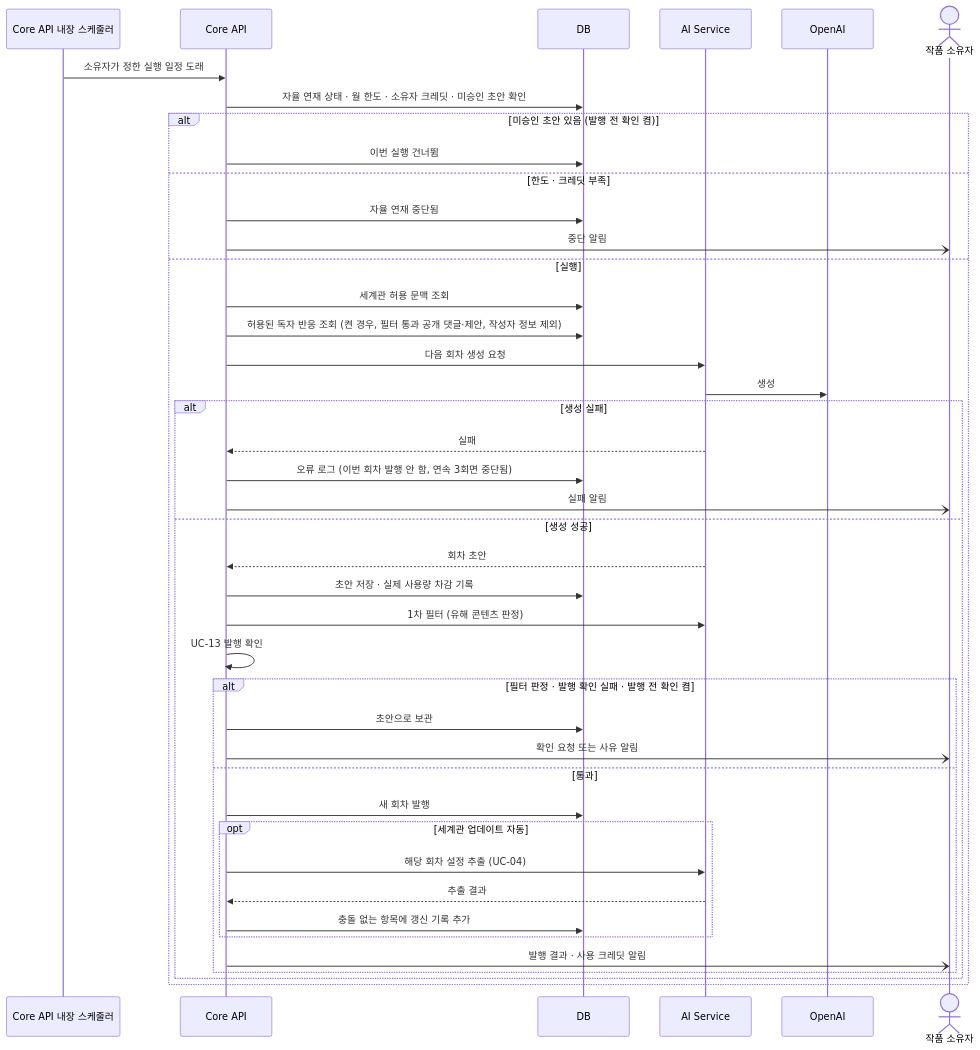
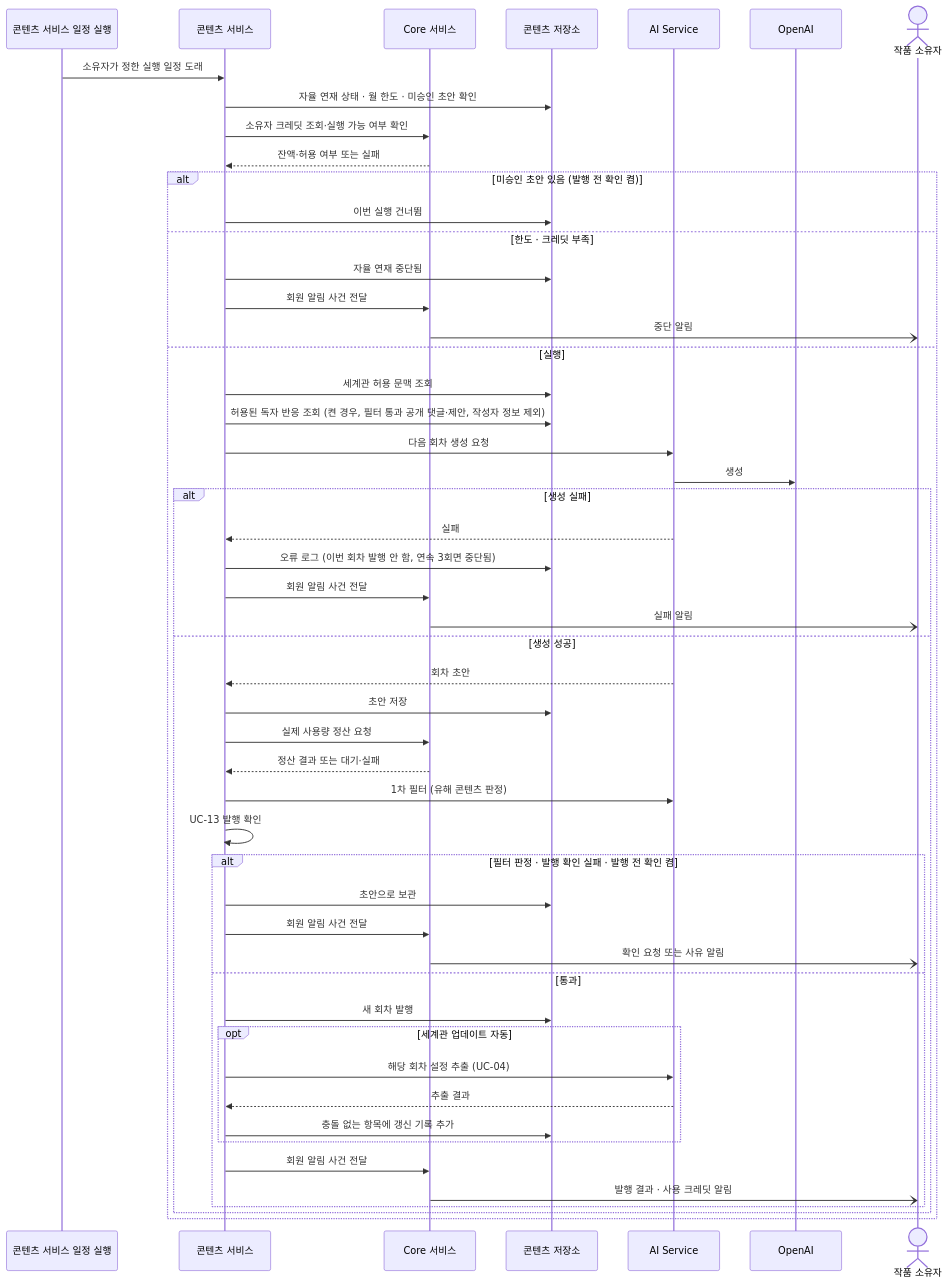
Before and after one commit to SKNETWORKS-FAMILY-AICAMP/SKN34-FINAL-4TEAM: the fourth of 4 diagrams in docs/diagrams/sequence.md, drawn with Mermaid. The commit also changed other lines of this file and 79 other files, not shown here.

````diff
--- a/docs/diagrams/sequence.md
+++ b/docs/diagrams/sequence.md
@@ -111,44 +119,53 @@
 ```mermaid
 sequenceDiagram
-  participant TR as Core API 내장 스케줄러
-  participant CO as Core API
-  participant DB as DB
+  participant TR as 콘텐츠 서비스 일정 실행
+  participant CO as 콘텐츠 서비스
+  participant CORE as Core 서비스
+  participant DB as 콘텐츠 저장소
   participant AI as AI Service
   participant LLM as OpenAI
   actor W as 작품 소유자
   TR->>CO: 소유자가 정한 실행 일정 도래
-  CO->>DB: 자율 연재 상태 · 월 한도 · 소유자 크레딧 · 미승인 초안 확인
+  CO->>DB: 자율 연재 상태 · 월 한도 · 미승인 초안 확인
+  CO->>CORE: 소유자 크레딧 조회·실행 가능 여부 확인
+  CORE-->>CO: 잔액·허용 여부 또는 실패
   alt 미승인 초안 있음 (발행 전 확인 켬)
     CO->>DB: 이번 실행 건너뜀
   else 한도 · 크레딧 부족
     CO->>DB: 자율 연재 중단됨
-    CO-)W: 중단 알림
+    CO->>CORE: 회원 알림 사건 전달
+    CORE-)W: 중단 알림
   else 실행
     CO->>DB: 세계관 허용 문맥 조회
     CO->>DB: 허용된 독자 반응 조회 (켠 경우, 필터 통과 공개 댓글·제안, 작성자 정보 제외)
     CO->>AI: 다음 회차 생성 요청
     AI->>LLM: 생성
     alt 생성 실패
       AI-->>CO: 실패
       CO->>DB: 오류 로그 (이번 회차 발행 안 함, 연속 3회면 중단됨)
-      CO-)W: 실패 알림
+      CO->>CORE: 회원 알림 사건 전달
+      CORE-)W: 실패 알림
     else 생성 성공
       AI-->>CO: 회차 초안
-      CO->>DB: 초안 저장 · 실제 사용량 차감 기록
+      CO->>DB: 초안 저장
+      CO->>CORE: 실제 사용량 정산 요청
+      CORE-->>CO: 정산 결과 또는 대기·실패
       CO->>AI: 1차 필터 (유해 콘텐츠 판정)
       CO->>CO: UC-13 발행 확인
       alt 필터 판정 · 발행 확인 실패 · 발행 전 확인 켬
         CO->>DB: 초안으로 보관
-        CO-)W: 확인 요청 또는 사유 알림
+        CO->>CORE: 회원 알림 사건 전달
+        CORE-)W: 확인 요청 또는 사유 알림
       else 통과
         CO->>DB: 새 회차 발행
         opt 세계관 업데이트 자동
           CO->>AI: 해당 회차 설정 추출 (UC-04)
           AI-->>CO: 추출 결과
           CO->>DB: 충돌 없는 항목에 갱신 기록 추가
         end
-        CO-)W: 발행 결과 · 사용 크레딧 알림
+        CO->>CORE: 회원 알림 사건 전달
+        CORE-)W: 발행 결과 · 사용 크레딧 알림
       end
     end
   end
 ```
````
